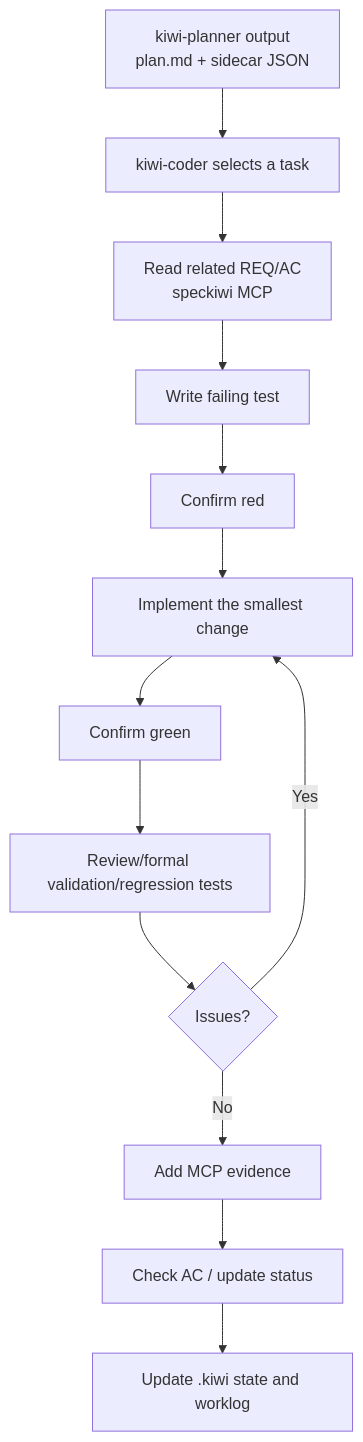
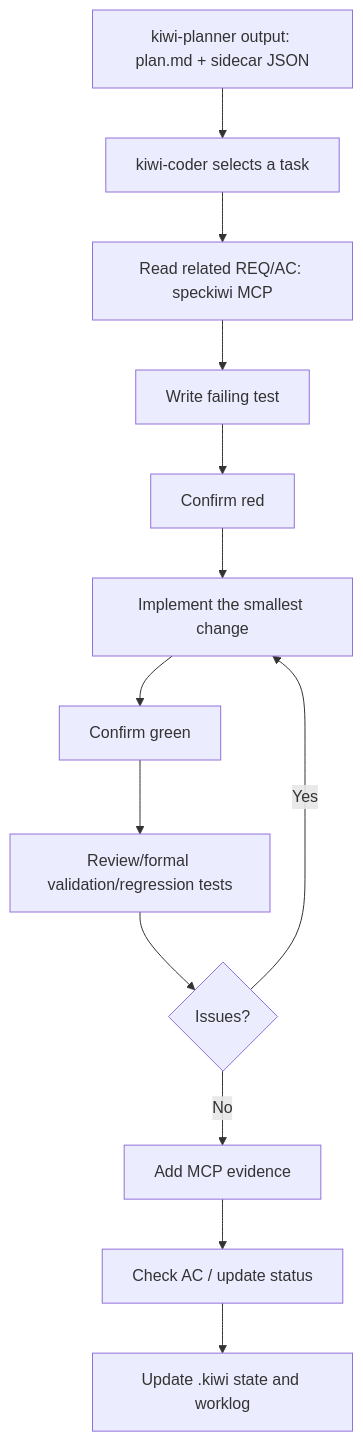
The fourth of 4 diagrams in README.md (Snoworca/speckiwi), drawn with Mermaid before and after one commit. The commit also changed other lines of this file, not shown here.

First line of the commit message:
docs: README Mermaid 다이어그램을 GitHub 호환 문법으로 고친다

````diff
--- a/README.md
+++ b/README.md
@@ -495,15 +495,15 @@
 ```mermaid
 flowchart TD
-    A[kiwi-planner output<br/>plan.md + sidecar JSON] --> B[kiwi-coder selects a task]
-    B --> C[Read related REQ/AC<br/>speckiwi MCP]
-    C --> D[Write failing test]
-    D --> E[Confirm red]
-    E --> F[Implement the smallest change]
-    F --> G[Confirm green]
-    G --> H[Review/formal validation/regression tests]
-    H --> I{Issues?}
+    A["kiwi-planner output: plan.md + sidecar JSON"] --> B["kiwi-coder selects a task"]
+    B --> C["Read related REQ/AC: speckiwi MCP"]
+    C --> D["Write failing test"]
+    D --> E["Confirm red"]
+    E --> F["Implement the smallest change"]
+    F --> G["Confirm green"]
+    G --> H["Review/formal validation/regression tests"]
+    H --> I{"Issues?"}
     I -->|Yes| F
-    I -->|No| J[Add MCP evidence]
-    J --> K[Check AC / update status]
-    K --> L[Update .kiwi state and worklog]
+    I -->|No| J["Add MCP evidence"]
+    J --> K["Check AC / update status"]
+    K --> L["Update .kiwi state and worklog"]
 ```
````
